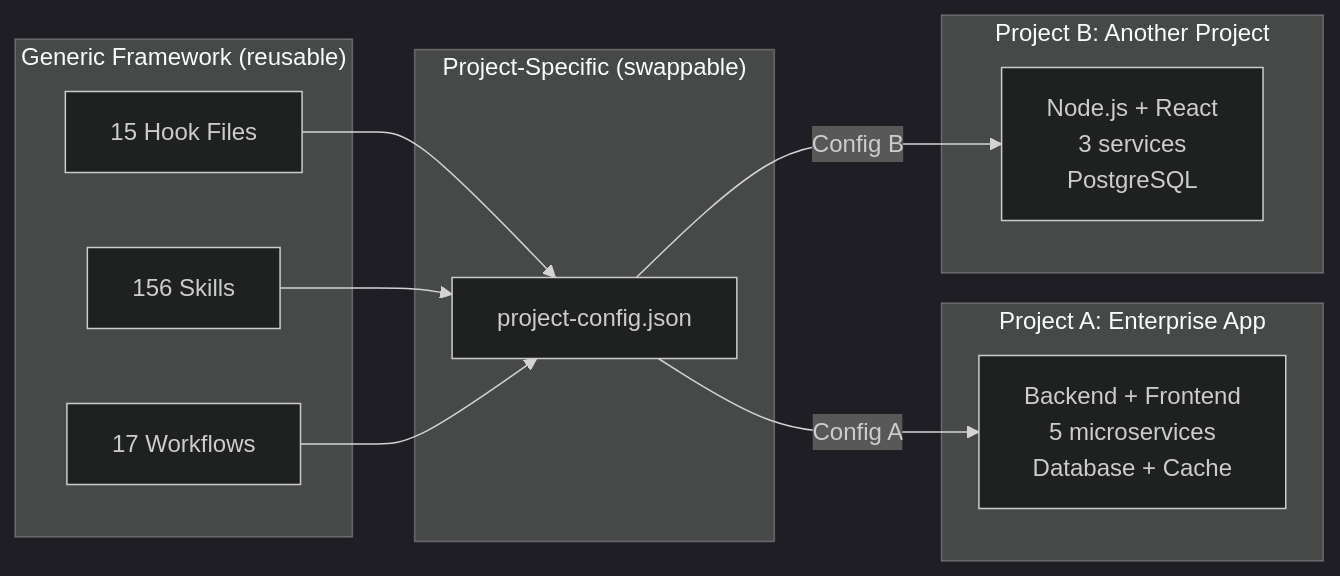
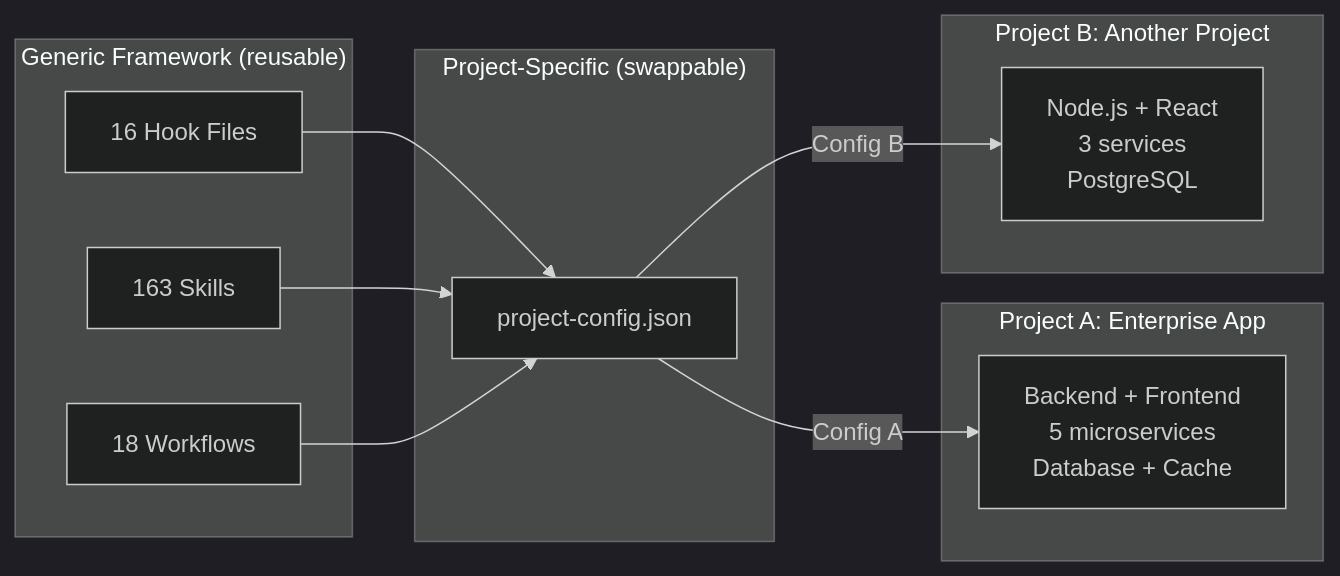
The eighth of 20 diagrams in .claude/docs/claude-ai-agent-framework-guide.md (duc01226/EasyPlatform), drawn with Mermaid (dark theme) before and after one commit. The commit also changed other lines of this file and 713 other files, not shown here.

````diff
--- a/.claude/docs/claude-ai-agent-framework-guide.md
+++ b/.claude/docs/claude-ai-agent-framework-guide.md
@@ -876,24 +878,24 @@
 ```mermaid
 graph LR
     subgraph "Generic Framework (reusable)"
-        H[15 Hook Files]
-        S[156 Skills]
-        W[17 Workflows]
+        H[16 Hook Files]
+        S[163 Skills]
+        W[18 Workflows]
     end
 
     subgraph "Project-Specific (swappable)"
         PC[project-config.json]
     end
 
     subgraph "Project A: Enterprise App"
         PA[Backend + Frontend<br/>5 microservices<br/>Database + Cache]
     end
 
     subgraph "Project B: Another Project"
         PB[Node.js + React<br/>3 services<br/>PostgreSQL]
     end
 
     H & S & W --> PC
     PC -->|Config A| PA
     PC -->|Config B| PB
 ```
````
